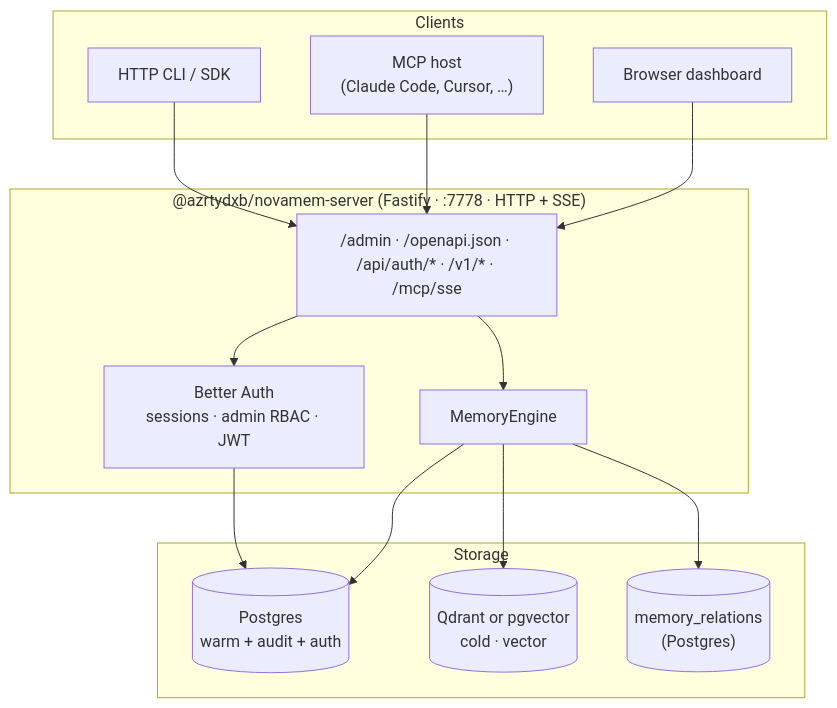
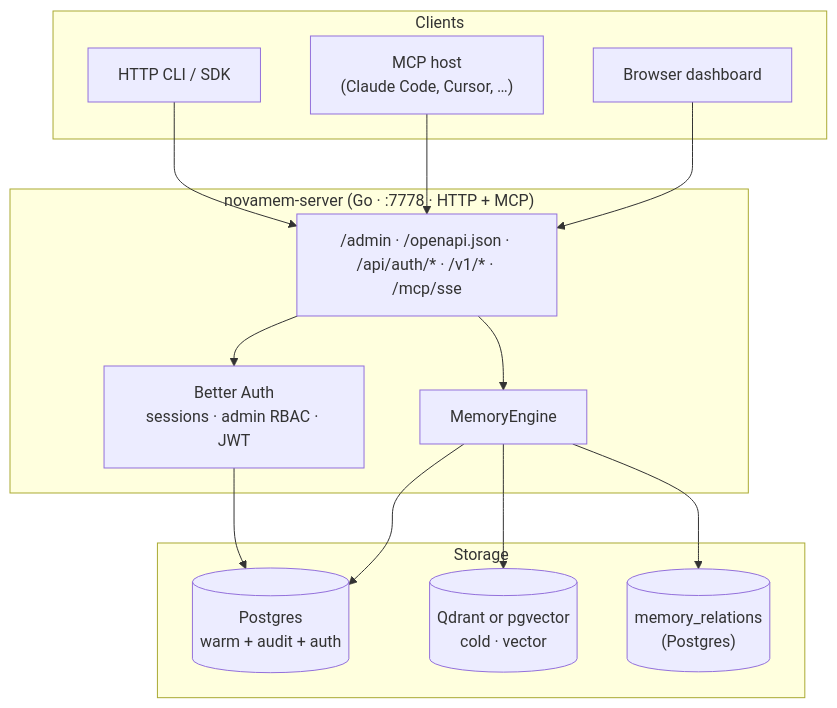
One commit to azrtydxb/novamem changed the first of 4 diagrams in docs/architecture/system.md. Above: the diagram before and after it, drawn with Mermaid. The commit also changed other lines of this file and 5 other files, not shown here.

````diff
--- a/docs/architecture/system.md
+++ b/docs/architecture/system.md
@@ -7,30 +7,30 @@
 ```mermaid
 flowchart TB
     subgraph clients["Clients"]
         DASH["Browser dashboard"]
         MCP["MCP host<br/>(Claude Code, Cursor, …)"]
         CLI["HTTP CLI / SDK"]
     end
 
-    subgraph server["@azrtydxb/novamem-server (Fastify · :7778 · HTTP + SSE)"]
+    subgraph server["novamem-server (Go · :7778 · HTTP + MCP)"]
         ROUTES["/admin · /openapi.json · /api/auth/* · /v1/* · /mcp/sse"]
         ENGINE["MemoryEngine"]
         BA["Better Auth<br/>sessions · admin RBAC · JWT"]
         ROUTES --> ENGINE
         ROUTES --> BA
     end
 
     subgraph stores["Storage"]
         PG[("Postgres<br/>warm + audit + auth")]
         QD[("Qdrant or pgvector<br/>cold · vector")]
         REL[("memory_relations<br/>(Postgres)")]
     end
 
     DASH --> ROUTES
     MCP --> ROUTES
     CLI --> ROUTES
     ENGINE --> PG
     ENGINE --> QD
     ENGINE --> REL
     BA --> PG
 ```
````
